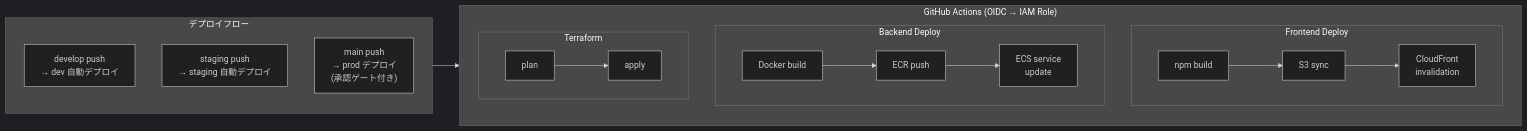
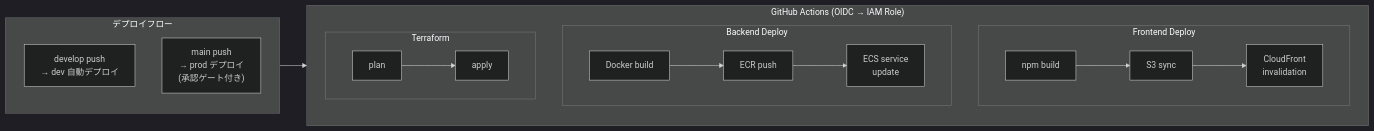
The second of 2 diagrams in docs/architecture.md (NexaScience/airas-infra), drawn with Mermaid (dark theme) before and after one commit. The commit also changed other lines of this file and 14 other files, not shown here.

````diff
--- a/docs/architecture.md
+++ b/docs/architecture.md
@@ -80,22 +80,21 @@
 ```mermaid
 graph LR
     subgraph GHA["GitHub Actions (OIDC → IAM Role)"]
         subgraph Frontend["Frontend Deploy"]
             F1["npm build"] --> F2["S3 sync"] --> F3["CloudFront\ninvalidation"]
         end
         subgraph Backend["Backend Deploy"]
             B1["Docker build"] --> B2["ECR push"] --> B3["ECS service\nupdate"]
         end
         subgraph Infra["Terraform"]
             T1["plan"] --> T2["apply"]
         end
     end
 
     subgraph Trigger["デプロイフロー"]
         Dev["develop push\n→ dev 自動デプロイ"]
-        Stg["staging push\n→ staging 自動デプロイ"]
         Prod["main push\n→ prod デプロイ\n(承認ゲート付き)"]
     end
 
     Trigger --> GHA
 ```
````
